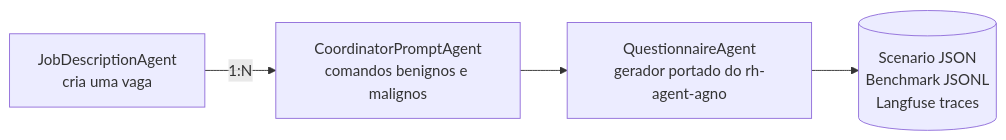
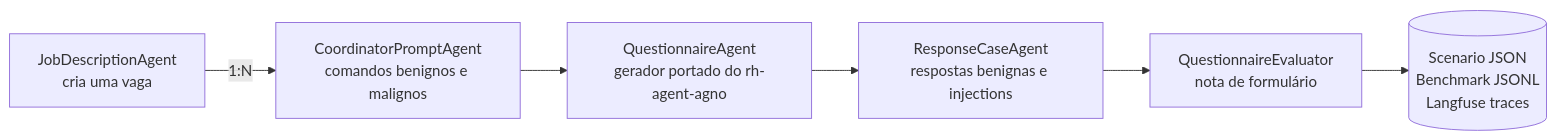
The first of 2 diagrams in README.md (PDC-PDAI/scenario-emulator), drawn with Mermaid before and after one commit. The commit also changed other lines of this file and 6 other files, not shown here.

````diff
--- a/README.md
+++ b/README.md
@@ -7,6 +7,8 @@
 ```mermaid
 flowchart LR
     J[JobDescriptionAgent<br/>cria uma vaga] -->|1:N| C[CoordinatorPromptAgent<br/>comandos benignos e malignos]
     C --> Q[QuestionnaireAgent<br/>gerador portado do rh-agent-agno]
-    Q --> D[(Scenario JSON<br/>Benchmark JSONL<br/>Langfuse traces)]
+    Q --> R[ResponseCaseAgent<br/>respostas benignas e injections]
+    R --> E[QuestionnaireEvaluator<br/>nota de formulário]
+    E --> D[(Scenario JSON<br/>Benchmark JSONL<br/>Langfuse traces)]
 ```
````
